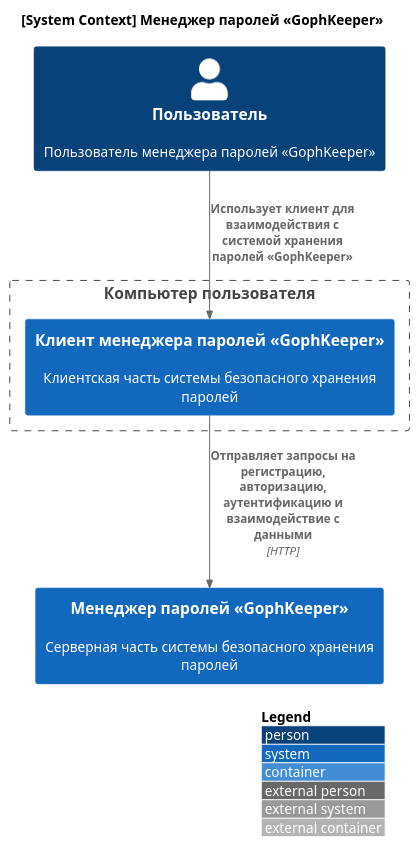
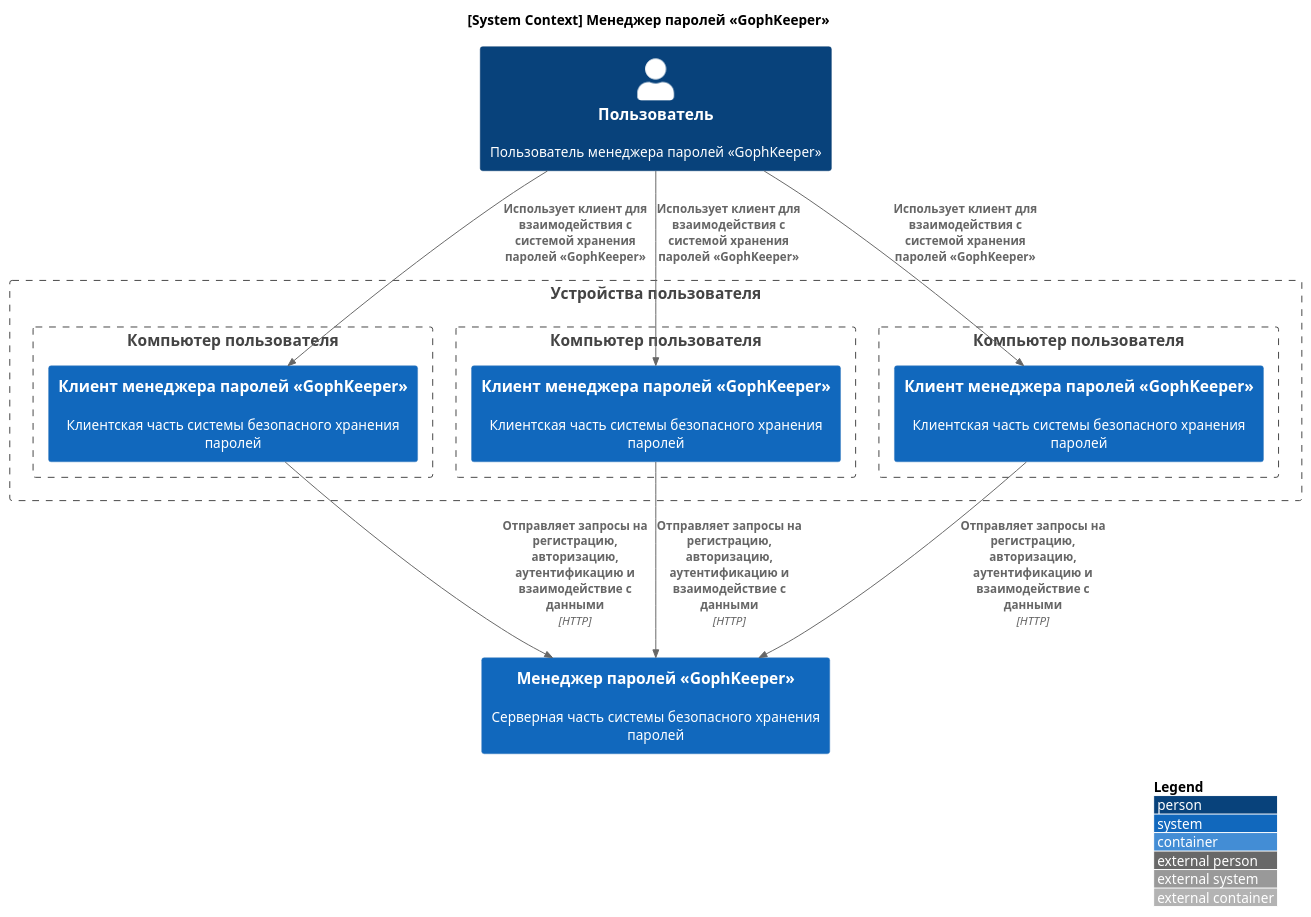
The diagram in docs/arc42/3. Context and Scope/3. Context and Scope.puml (Nickolasll/GophKeeper), drawn with PlantUML before and after one commit. The commit also changed 83 other files, not shown here.

```diff
--- a/docs/arc42/3. Context and Scope/3. Context and Scope.puml
+++ b/docs/arc42/3. Context and Scope/3. Context and Scope.puml
@@ -1,21 +1,36 @@
 @startuml
 !include https://raw.githubusercontent.com/plantuml-stdlib/C4-PlantUML/master/C4_Container.puml
 
 skinparam wrapWidth 400
 LAYOUT_WITH_LEGEND()
 
 title
     <b>[System Context] Менеджер паролей «GophKeeper»</b>
 end title
 
 Person(user, "Пользователь", "Пользователь менеджера паролей «GophKeeper»")
 
-Boundary(pc, "Компьютер пользователя") {
-    System(client, "Клиент менеджера паролей «GophKeeper»", "Клиентская часть системы безопасного хранения паролей")
+Boundary(devices, "Устройства пользователя") {
+
+    Boundary(pc, "Компьютер пользователя") {
+        System(client, "Клиент менеджера паролей «GophKeeper»", "Клиентская часть системы безопасного хранения паролей")
+    }
+
+    Boundary(pc2, "Компьютер пользователя") {
+        System(client2, "Клиент менеджера паролей «GophKeeper»", "Клиентская часть системы безопасного хранения паролей")
+    }
+
+    Boundary(pcN, "Компьютер пользователя") {
+        System(clientN, "Клиент менеджера паролей «GophKeeper»", "Клиентская часть системы безопасного хранения паролей")
+    }
 }
 
 System(server, "Менеджер паролей «GophKeeper»", "Серверная часть системы безопасного хранения паролей")
 
 Rel(user, client, "Использует клиент для взаимодействия с системой хранения паролей «GophKeeper»")
+Rel(user, client2, "Использует клиент для взаимодействия с системой хранения паролей «GophKeeper»")
+Rel(user, clientN, "Использует клиент для взаимодействия с системой хранения паролей «GophKeeper»")
 Rel(client, server, "Отправляет запросы на регистрацию, авторизацию, аутентификацию и взаимодействие с данными", "HTTP")
+Rel(client2, server, "Отправляет запросы на регистрацию, авторизацию, аутентификацию и взаимодействие с данными", "HTTP")
+Rel(clientN, server, "Отправляет запросы на регистрацию, авторизацию, аутентификацию и взаимодействие с данными", "HTTP")
 @enduml
```
